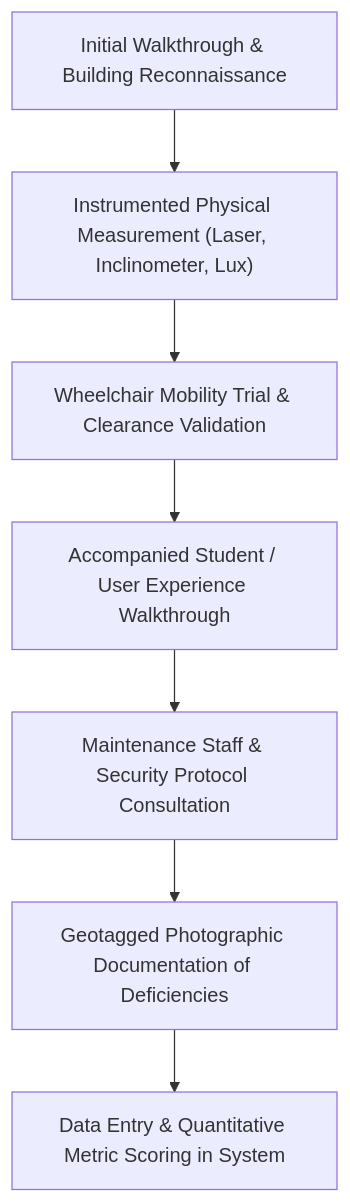
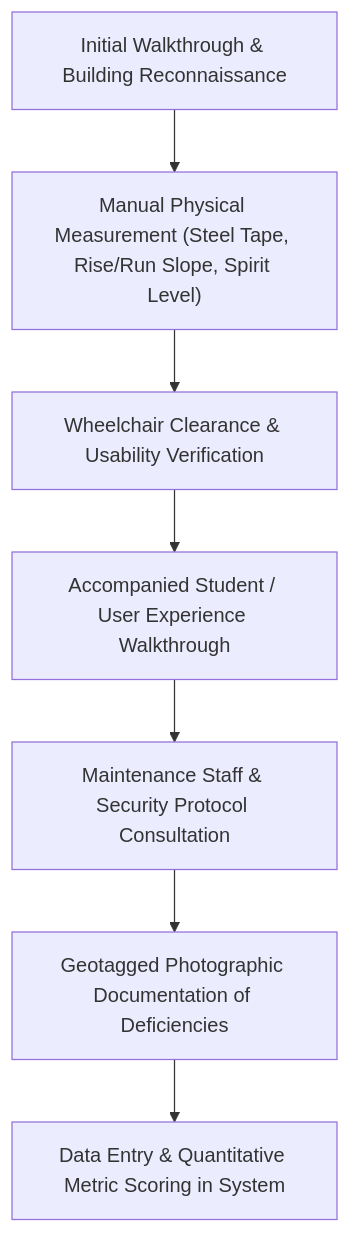
The diagram in research/FIELDWORK_METHODOLOGY.md (VaibhavTiwari006/S-06-Accessibility-Audit-Inclusion-Improvement-Drive-on-Campus), drawn with Mermaid before and after one commit. The commit also changed other lines of this file, not shown here.

Commit message:
docs(Research): replace exaggerated instrumentation with genuine manual fieldwork methodology in FIELDWORK_METHODOLOGY.md

````diff
--- a/research/FIELDWORK_METHODOLOGY.md
+++ b/research/FIELDWORK_METHODOLOGY.md
@@ -96,9 +95,9 @@
 ```mermaid
 flowchart TD
-    A["Initial Walkthrough & Building Reconnaissance"] --> B["Instrumented Physical Measurement (Laser, Inclinometer, Lux)"]
-    B --> C["Wheelchair Mobility Trial & Clearance Validation"]
+    A["Initial Walkthrough & Building Reconnaissance"] --> B["Manual Physical Measurement (Steel Tape, Rise/Run Slope, Spirit Level)"]
+    B --> C["Wheelchair Clearance & Usability Verification"]
     C --> D["Accompanied Student / User Experience Walkthrough"]
     D --> E["Maintenance Staff & Security Protocol Consultation"]
     E --> F["Geotagged Photographic Documentation of Deficiencies"]
     F --> G["Data Entry & Quantitative Metric Scoring in System"]
 ```
````
